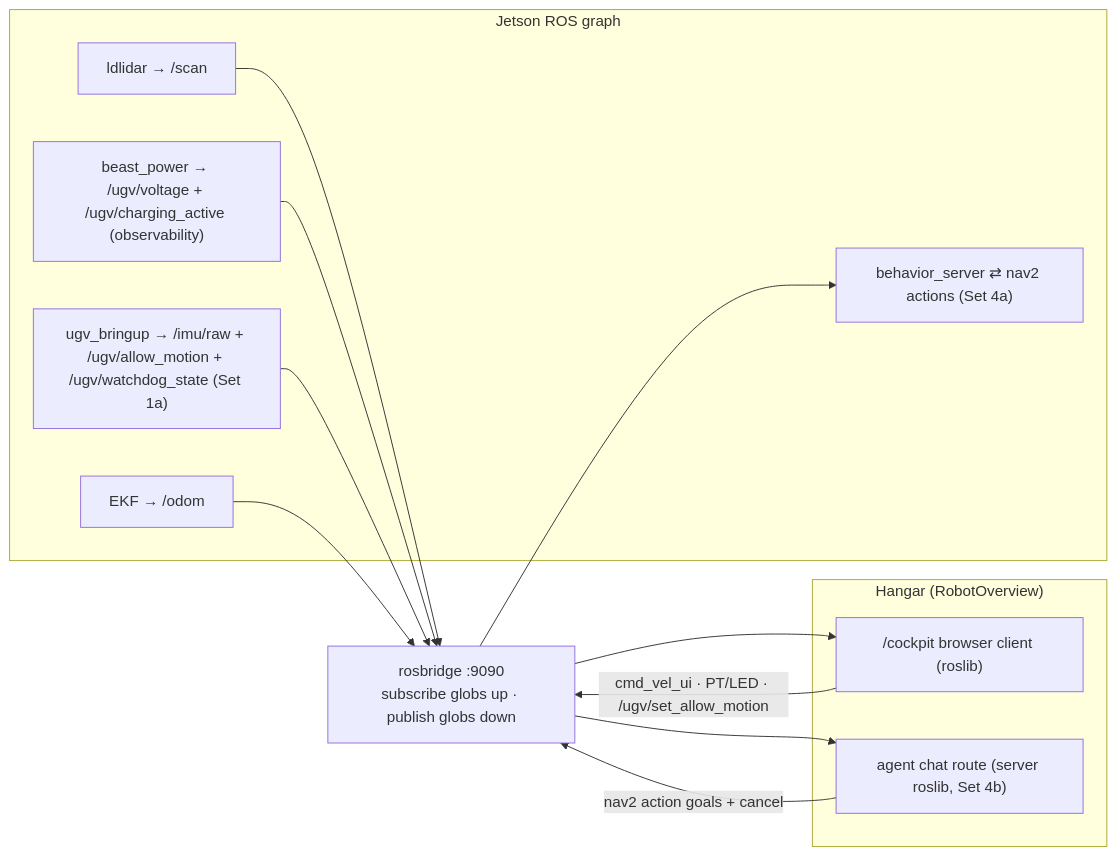
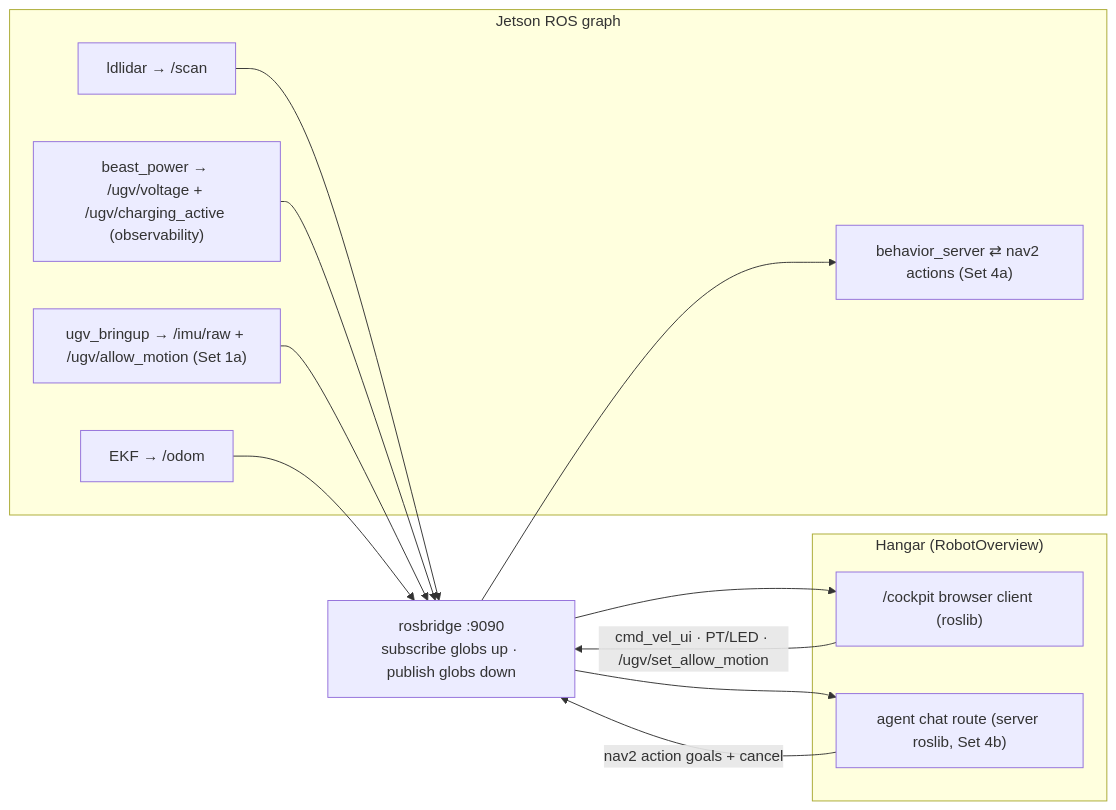
One commit to Coldaine/RobotOverview changed the fourth of 4 diagrams in docs/beast-control-topology.md. Above: the diagram before and after it, drawn with Mermaid. The commit also changed other lines of this file and 19 other files, not shown here.

````diff
--- a/docs/beast-control-topology.md
+++ b/docs/beast-control-topology.md
@@ -145,24 +145,24 @@
 ```mermaid
 flowchart LR
   subgraph ros ["Jetson ROS graph"]
     LD["ldlidar → /scan"]
     PWR["beast_power → /ugv/voltage + /ugv/charging_active (observability)"]
-    BRB["ugv_bringup → /imu/raw + /ugv/allow_motion + /ugv/watchdog_state (Set 1a)"]
+    BRB["ugv_bringup → /imu/raw + /ugv/allow_motion (Set 1a)"]
     EKF["EKF → /odom"]
     BSV["behavior_server ⇄ nav2 actions (Set 4a)"]
   end
   RB["rosbridge :9090<br/>subscribe globs up · publish globs down"]
   subgraph hangar ["Hangar (RobotOverview)"]
     UI["/cockpit browser client (roslib)"]
     API["agent chat route (server roslib, Set 4b)"]
   end
   LD --> RB
   PWR --> RB
   BRB --> RB
   EKF --> RB
   RB --> UI
   RB --> API
   UI -->|"cmd_vel_ui · PT/LED · /ugv/set_allow_motion"| RB
   API -->|"nav2 action goals + cancel"| RB
   RB --> BSV
 ```
````
